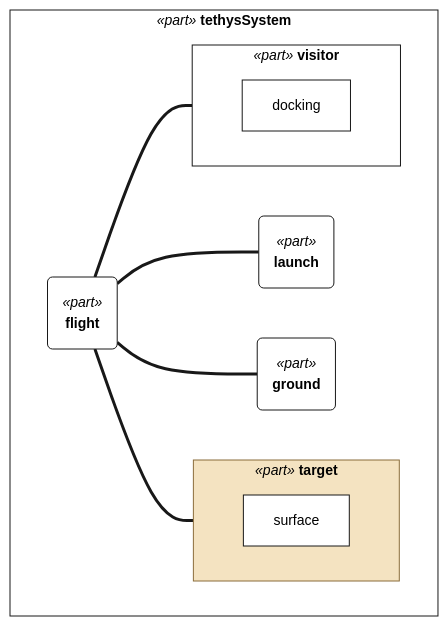
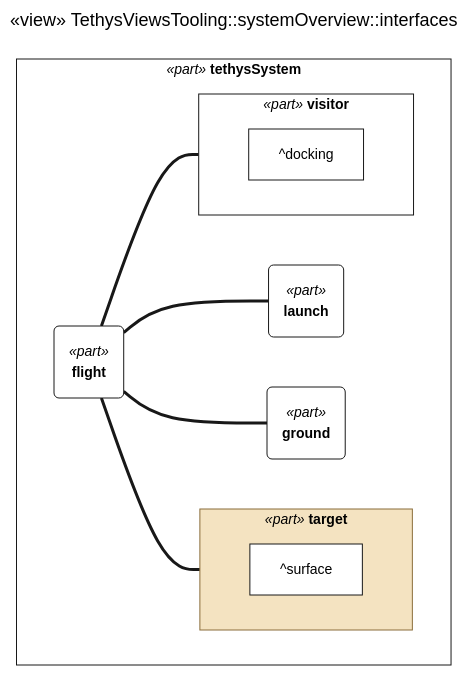
One commit to Open-MBEE/Tethys changed the diagram in runs/views/TethysViewsTooling.systemOverview.interfaces.mmd. Above: the diagram before and after it, drawn with Mermaid. The commit also changed 226 other files, not shown here.

```diff
--- a/runs/views/TethysViewsTooling.systemOverview.interfaces.mmd
+++ b/runs/views/TethysViewsTooling.systemOverview.interfaces.mmd
@@ -1,61 +1,62 @@
 ---
 config:
   fontFamily: "Helvetica, Arial, sans-serif"
   theme: base
   themeCSS: ".edgeLabel rect { opacity: 1 !important; } .cluster-label .nodeLabel { text-align: center; }"
   themeVariables:
     fontFamily: "Helvetica, Arial, sans-serif"
     fontSize: "14px"
     primaryColor: "#FFFFFF"
     secondaryColor: "#FFFFFF"
     tertiaryColor: "#FFFFFF"
     background: "#FFFFFF"
     primaryBorderColor: "#181818"
     primaryTextColor: "#000000"
     lineColor: "#181818"
     textColor: "#000000"
     noteBkgColor: "#FEFFDD"
     noteBorderColor: "#181818"
     noteTextColor: "#000000"
     clusterBkg: "#FFFFFF"
     clusterBorder: "#181818"
     edgeLabelBackground: "#FFFFFF"
+title: "«view» TethysViewsTooling::systemOverview::interfaces"
 ---
 %% TethysViewsTooling::systemOverview::interfaces — interconnection rendering (view def InterconnectionView)
 %% not represented: 2 node(s) without a position, left undrawn
-%% layout: n1 x=370 y=60 w=220 h=120 collapsed
-%% layout: n2 x=40 y=60 w=220 h=120 collapsed
-%% layout: n3 x=370 y=340 w=220 h=120 collapsed
-%% layout: n4 x=700 y=60 w=220 h=120 collapsed
-%% layout: n5 x=700 y=340 w=220 h=120 collapsed
-%% route: n1->n2 260,120 370,120
-%% route: n1->n3 480,180 480,340
-%% route: n1->n4 590,120 700,120
-%% route: n1->n5 590,150 810,340
+%% layout: n3 x=370 y=60 w=220 h=120 collapsed
+%% layout: n4 x=40 y=60 w=220 h=120 collapsed
+%% layout: n5 x=370 y=340 w=220 h=120 collapsed
+%% layout: n6 x=700 y=60 w=220 h=120 collapsed
+%% layout: n7 x=700 y=340 w=220 h=120 collapsed
+%% route: n3->n4 260,120 370,120
+%% route: n3->n5 480,180 480,340
+%% route: n3->n6 590,120 700,120
+%% route: n3->n7 590,150 810,340
 flowchart LR
   subgraph n0 ["`*«part»* **tethysSystem**`"]
     direction LR
-    n1("`*«part»*
+    n3("`*«part»*
 **flight**`")
-    n2("`*«part»*
+    n4("`*«part»*
 **launch**`")
-    n3("`*«part»*
+    n5("`*«part»*
 **ground**`")
-    subgraph n4 ["`*«part»* **target**`"]
+    subgraph n6 ["`*«part»* **target**`"]
       direction LR
-      n4.0["surface"]
+      n6.0["^surface"]
     end
-    subgraph n5 ["`*«part»* **visitor**`"]
+    subgraph n7 ["`*«part»* **visitor**`"]
       direction LR
-      n5.0["docking"]
+      n7.0["^docking"]
     end
   end
-  n1 === n2
-  n1 === n3
-  n1 === n4.0
-  n1 === n5.0
-  style n4 fill:#F4E3C1,stroke:#8A6D3B
+  n3 === n4
+  n3 === n5
+  n3 === n6.0
+  n3 === n7.0
+  style n6 fill:#F4E3C1,stroke:#8A6D3B
   linkStyle 0 stroke-width:3px
   linkStyle 1 stroke-width:3px
   linkStyle 2 stroke-width:3px
   linkStyle 3 stroke-width:3px
```
